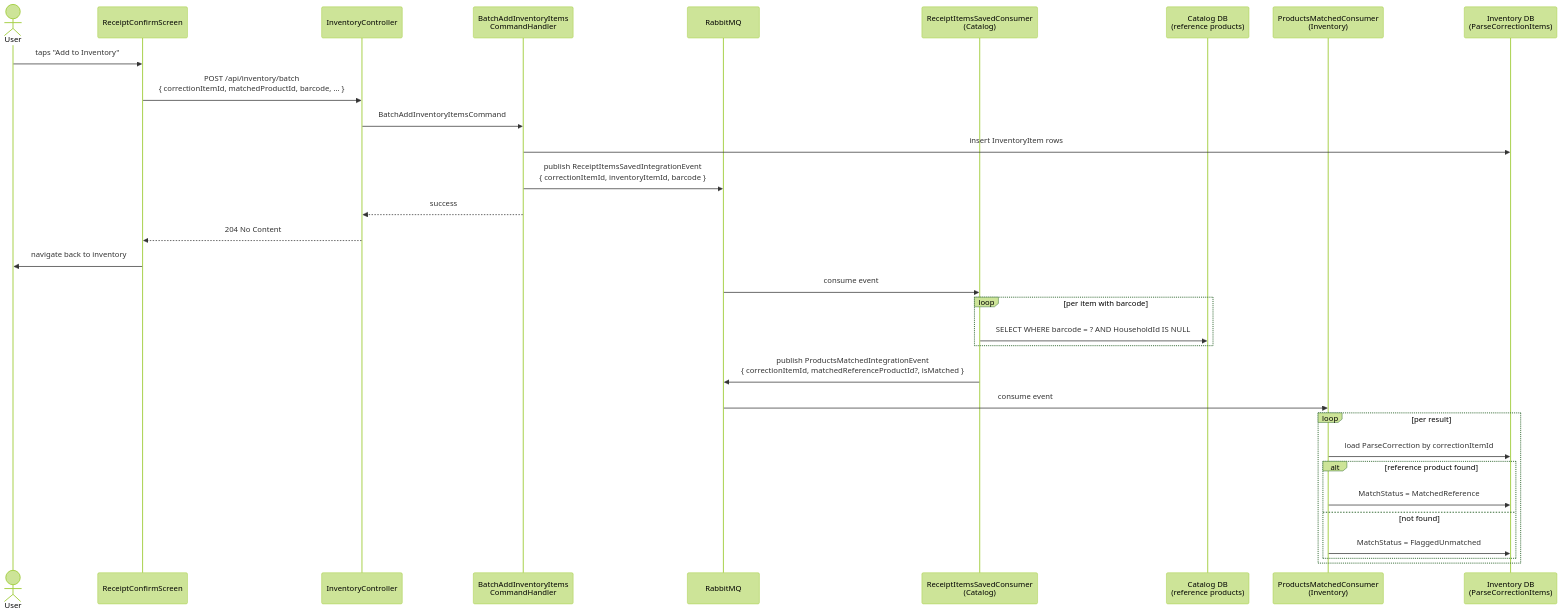
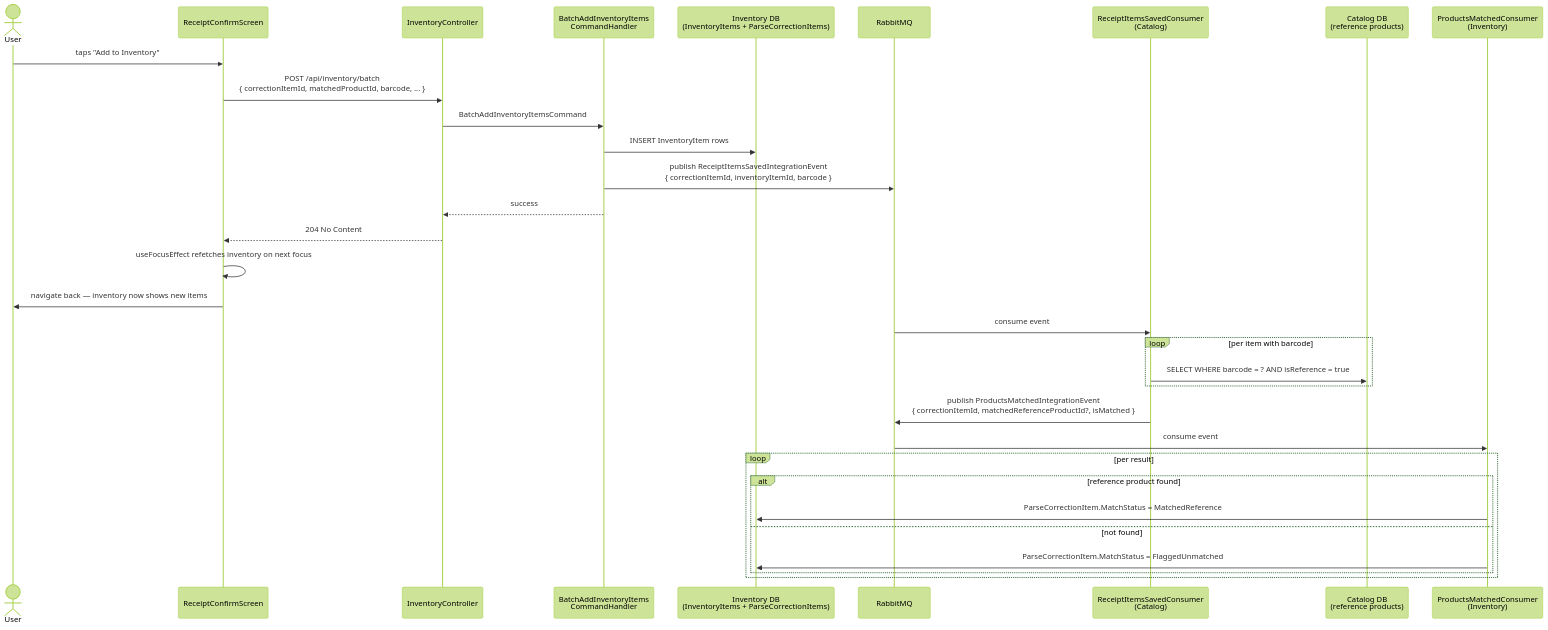
Before and after one commit to renatojandrade/stoq: the second of 3 diagrams in README.md, drawn with Mermaid (forest theme). The commit also changed other lines of this file and 95 other files, not shown here.

````diff
--- a/README.md
+++ b/README.md
@@ -61,37 +62,37 @@
 ```mermaid
 sequenceDiagram
     actor User
     participant App as ReceiptConfirmScreen
     participant API as InventoryController
     participant Handler as BatchAddInventoryItems<br/>CommandHandler
+    participant InventoryDB as Inventory DB<br/>(InventoryItems + ParseCorrectionItems)
     participant MQ as RabbitMQ
     participant CatalogConsumer as ReceiptItemsSavedConsumer<br/>(Catalog)
     participant CatalogDB as Catalog DB<br/>(reference products)
     participant InventoryConsumer as ProductsMatchedConsumer<br/>(Inventory)
-    participant InventoryDB as Inventory DB<br/>(ParseCorrectionItems)
 
     User->>App: taps "Add to Inventory"
     App->>API: POST /api/inventory/batch<br/>{ correctionItemId, matchedProductId, barcode, ... }
     API->>Handler: BatchAddInventoryItemsCommand
-    Handler->>InventoryDB: insert InventoryItem rows
+    Handler->>InventoryDB: INSERT InventoryItem rows
     Handler->>MQ: publish ReceiptItemsSavedIntegrationEvent<br/>{ correctionItemId, inventoryItemId, barcode }
     Handler-->>API: success
     API-->>App: 204 No Content
-    App->>User: navigate back to inventory
+    App->>App: useFocusEffect refetches inventory on next focus
+    App->>User: navigate back — inventory now shows new items
 
     MQ->>CatalogConsumer: consume event
     loop per item with barcode
-        CatalogConsumer->>CatalogDB: SELECT WHERE barcode = ? AND HouseholdId IS NULL
+        CatalogConsumer->>CatalogDB: SELECT WHERE barcode = ? AND isReference = true
     end
     CatalogConsumer->>MQ: publish ProductsMatchedIntegrationEvent<br/>{ correctionItemId, matchedReferenceProductId?, isMatched }
 
     MQ->>InventoryConsumer: consume event
     loop per result
-        InventoryConsumer->>InventoryDB: load ParseCorrection by correctionItemId
         alt reference product found
-            InventoryConsumer->>InventoryDB: MatchStatus = MatchedReference
+            InventoryConsumer->>InventoryDB: ParseCorrectionItem.MatchStatus = MatchedReference
         else not found
-            InventoryConsumer->>InventoryDB: MatchStatus = FlaggedUnmatched
+            InventoryConsumer->>InventoryDB: ParseCorrectionItem.MatchStatus = FlaggedUnmatched
         end
     end
 ```
````
